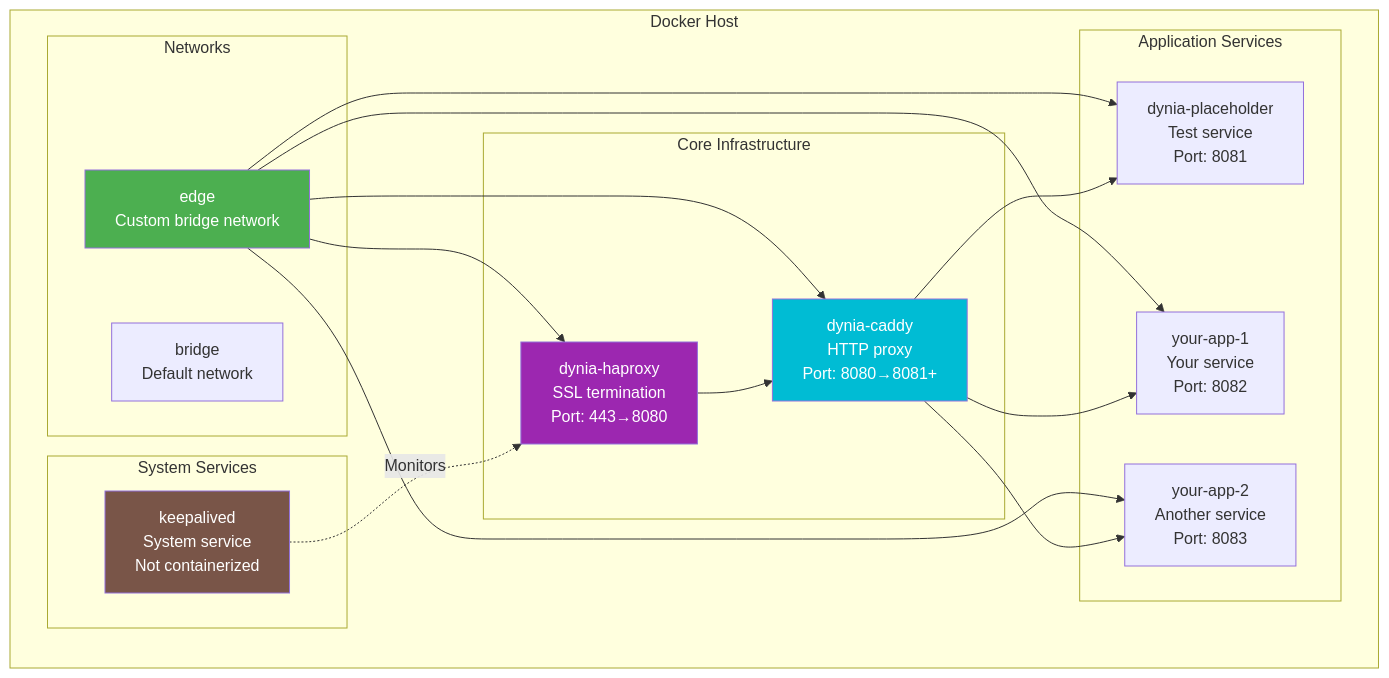
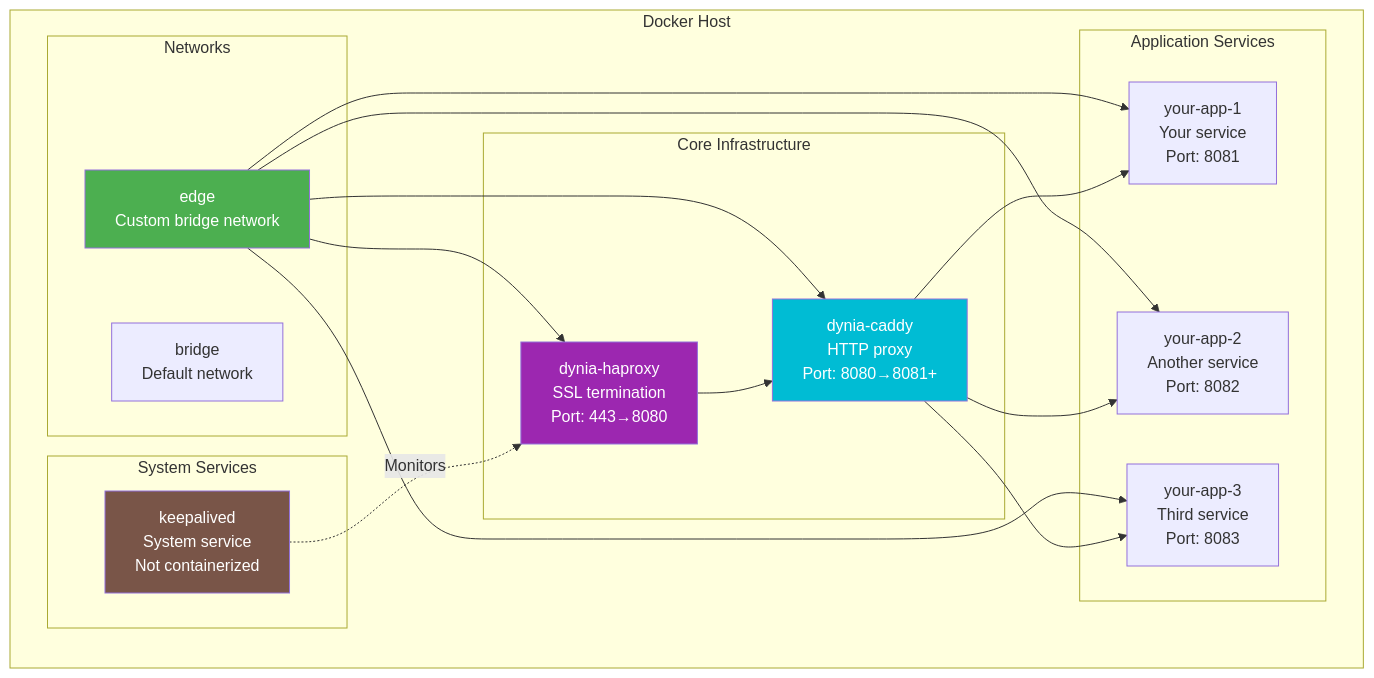
Before and after one commit to thaitype/dynia: the second of 3 diagrams in docs/infrastructure.md, drawn with Mermaid. The commit also changed other lines of this file and 2 other files, not shown here.

````diff
--- a/docs/infrastructure.md
+++ b/docs/infrastructure.md
@@ -81,42 +66,42 @@
 ```mermaid
 graph TB
     subgraph "Docker Host"
         subgraph "Networks"
             EdgeNet[edge<br/>Custom bridge network]
             DefaultNet[bridge<br/>Default network]
         end
         
         subgraph "Core Infrastructure"
             HAProxy[dynia-haproxy<br/>SSL termination<br/>Port: 443→8080]
             Caddy[dynia-caddy<br/>HTTP proxy<br/>Port: 8080→8081+]
         end
         
         subgraph "Application Services"  
-            Placeholder[dynia-placeholder<br/>Test service<br/>Port: 8081]
-            App1[your-app-1<br/>Your service<br/>Port: 8082]
-            App2[your-app-2<br/>Another service<br/>Port: 8083]
+            App1[your-app-1<br/>Your service<br/>Port: 8081]
+            App2[your-app-2<br/>Another service<br/>Port: 8082]
+            App3[your-app-3<br/>Third service<br/>Port: 8083]
         end
         
         subgraph "System Services"
             keepalived[keepalived<br/>System service<br/>Not containerized]
         end
     end
     
     EdgeNet --> HAProxy
     EdgeNet --> Caddy
-    EdgeNet --> Placeholder
     EdgeNet --> App1
     EdgeNet --> App2
+    EdgeNet --> App3
     
     HAProxy --> Caddy
-    Caddy --> Placeholder
     Caddy --> App1
     Caddy --> App2
+    Caddy --> App3
     
     keepalived -.->|Monitors| HAProxy
     
     style HAProxy fill:#9C27B0,color:#fff
     style Caddy fill:#00BCD4,color:#fff
     style keepalived fill:#795548,color:#fff
     style EdgeNet fill:#4CAF50,color:#fff
 ```
````
